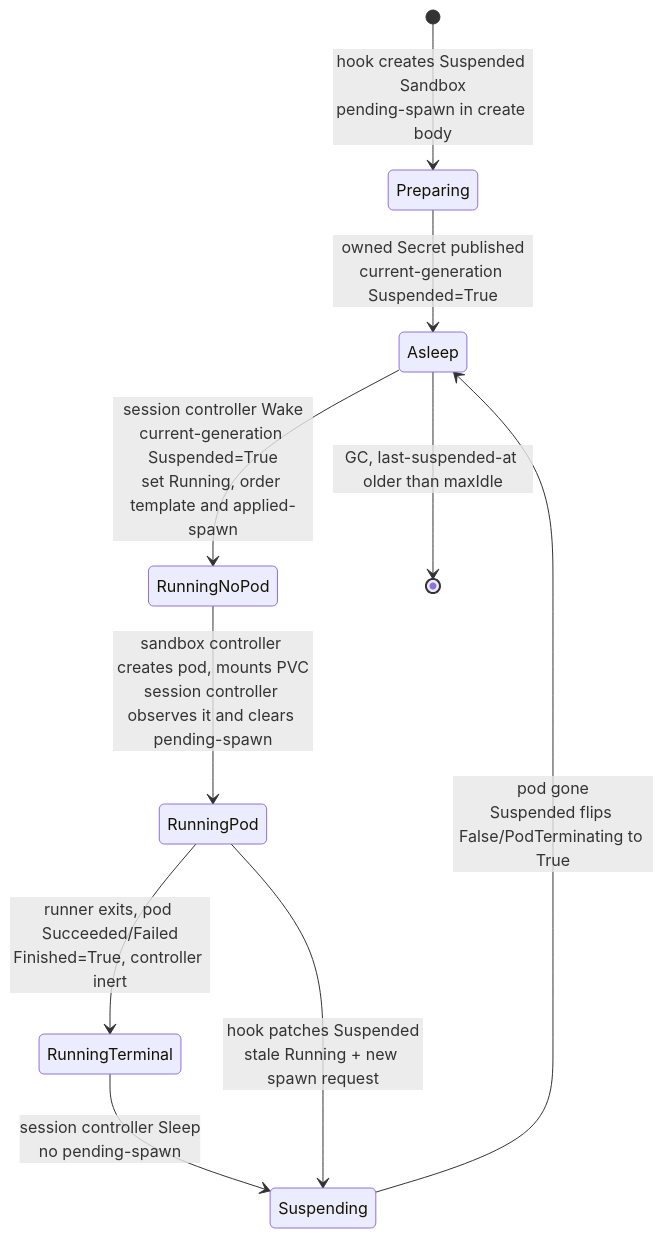
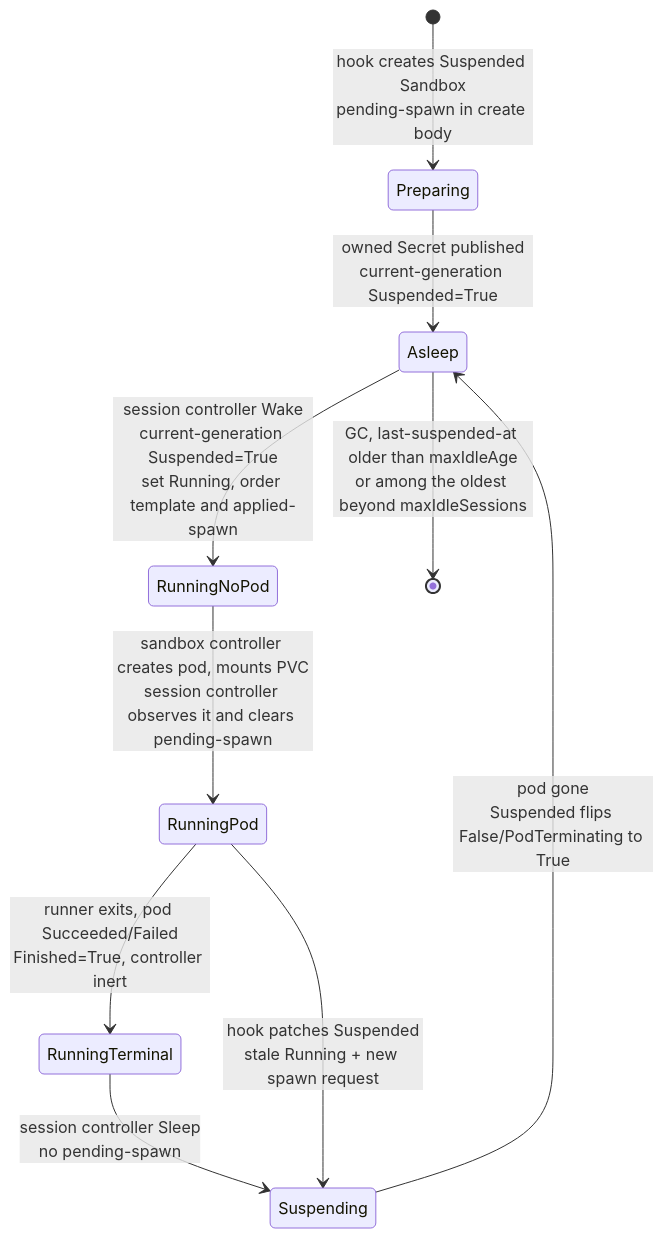
Before and after one commit to yuriyostapenko/shock: the second of 2 diagrams in plans/shock-spec.md, drawn with Mermaid. The commit also changed other lines of this file and 11 other files, not shown here.

First line of the commit message:
feat: cap idle sessions kept per release; rename gc.maxIdle to maxIdleAge (#3)

````diff
--- a/plans/shock-spec.md
+++ b/plans/shock-spec.md
@@ -93,12 +93,12 @@
 ```mermaid
 stateDiagram-v2
     [*] --> Preparing: hook creates Suspended Sandbox<br/>pending-spawn in create body
     Preparing --> Asleep: owned Secret published<br/>current-generation Suspended=True
     RunningNoPod --> RunningPod: sandbox controller creates pod, mounts PVC<br/>session controller observes it and clears pending-spawn
     RunningPod --> RunningTerminal: runner exits, pod Succeeded/Failed<br/>Finished=True, controller inert
     RunningTerminal --> Suspending: session controller Sleep<br/>no pending-spawn
     RunningPod --> Suspending: hook patches Suspended<br/>stale Running + new spawn request
     Suspending --> Asleep: pod gone<br/>Suspended flips False/PodTerminating to True
     Asleep --> RunningNoPod: session controller Wake<br/>current-generation Suspended=True<br/>set Running, order template and applied-spawn
-    Asleep --> [*]: GC, last-suspended-at older than maxIdle
+    Asleep --> [*]: GC, last-suspended-at older than maxIdleAge<br/>or among the oldest beyond maxIdleSessions
 ```
````
